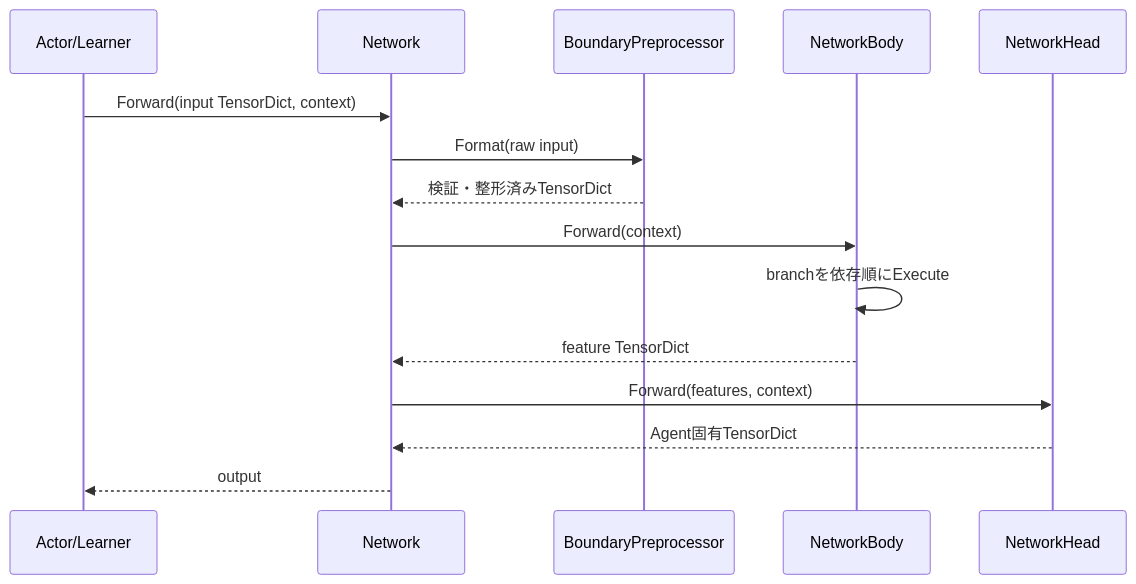
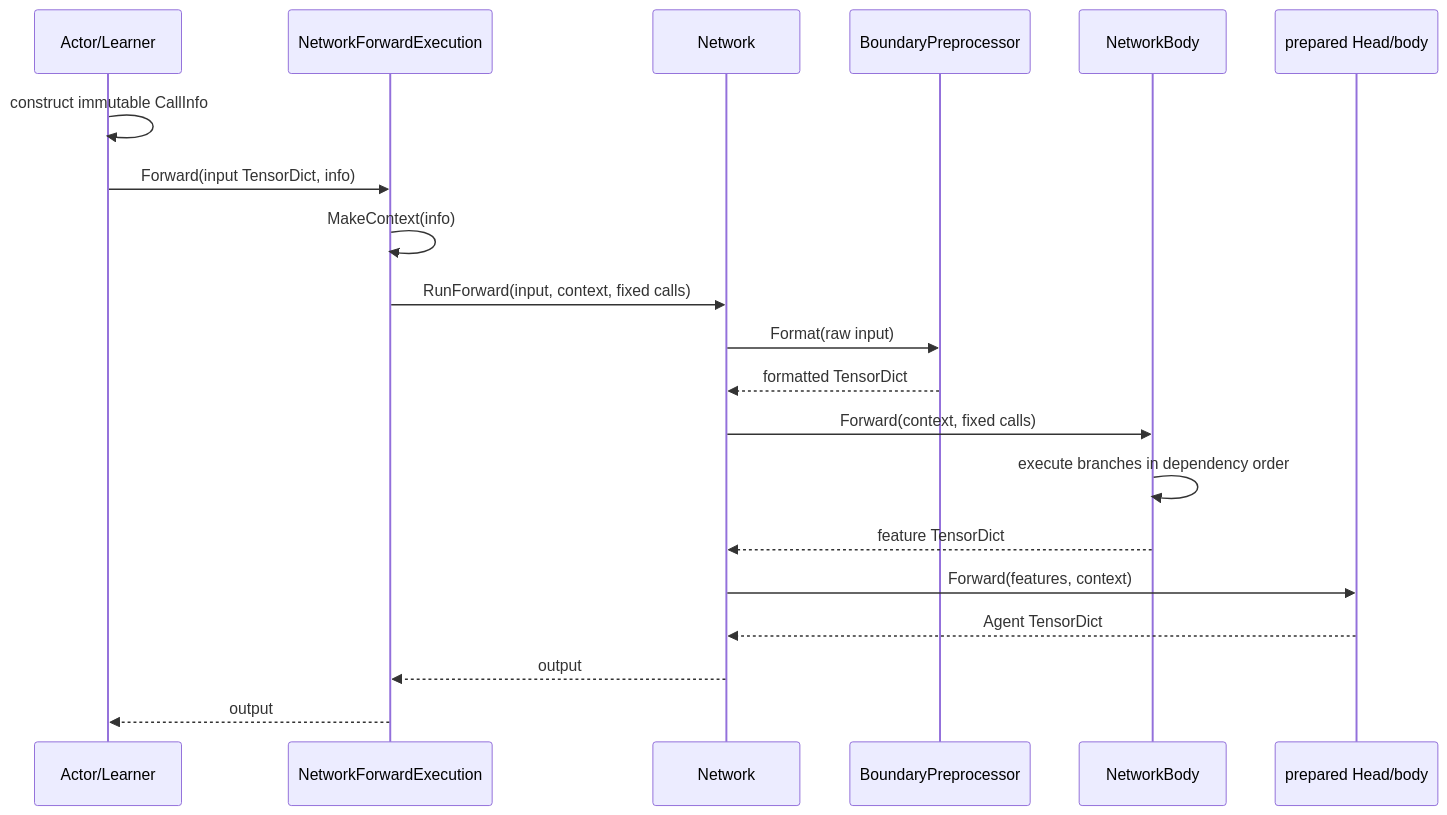
Before and after one commit to kazukin123/anet-lab: the fourth of 4 diagrams in docs/design/130_neural_networks.en.md, drawn with Mermaid. The commit also changed other lines of this file and 36 other files, not shown here.

````diff
--- a/docs/design/130_neural_networks.en.md
+++ b/docs/design/130_neural_networks.en.md
@@ -211,18 +243,22 @@
 ```mermaid
 sequenceDiagram
     participant C as Actor/Learner
+    participant E as NetworkForwardExecution
     participant N as Network
     participant P as BoundaryPreprocessor
     participant B as NetworkBody
-    participant H as NetworkHead
-
-    C->>N: Forward(input TensorDict, context)
+    participant H as prepared Head/body
+    C->>C: construct immutable CallInfo
+    C->>E: Forward(input TensorDict, info)
+    E->>E: MakeContext(info)
+    E->>N: RunForward(input, context, fixed calls)
     N->>P: Format(raw input)
-    P-->>N: 検証・整形済みTensorDict
-    N->>B: Forward(context)
-    B->>B: branchを依存順にExecute
+    P-->>N: formatted TensorDict
+    N->>B: Forward(context, fixed calls)
+    B->>B: execute branches in dependency order
     B-->>N: feature TensorDict
     N->>H: Forward(features, context)
-    H-->>N: Agent固有TensorDict
-    N-->>C: output
+    H-->>N: Agent TensorDict
+    N-->>E: output
+    E-->>C: output
 ```
````
